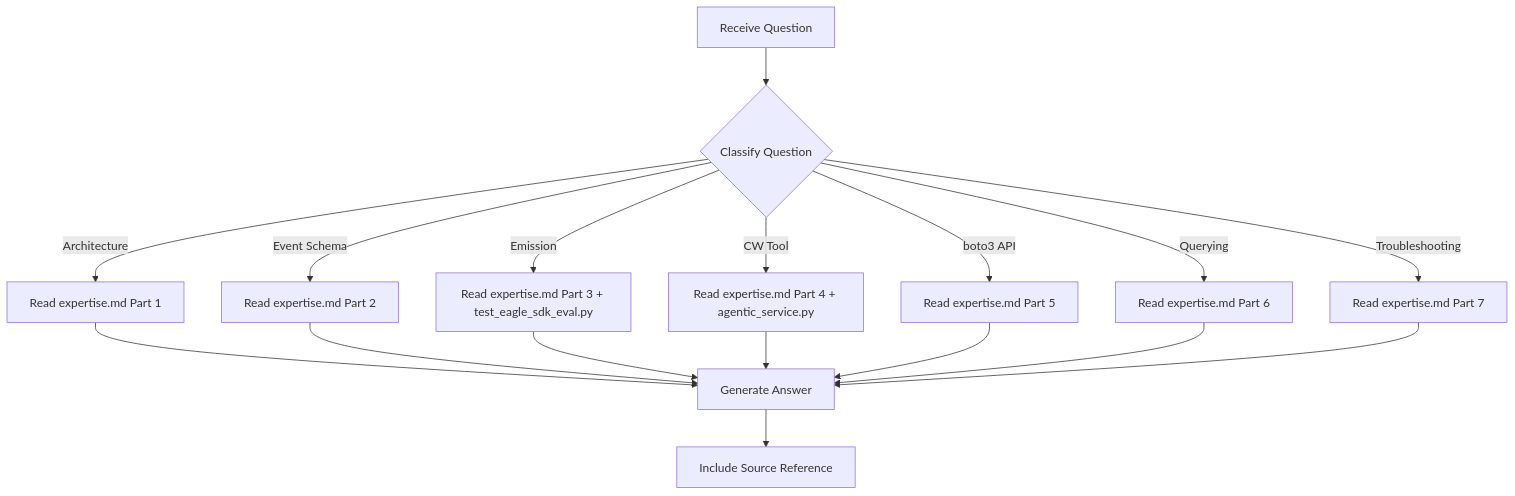
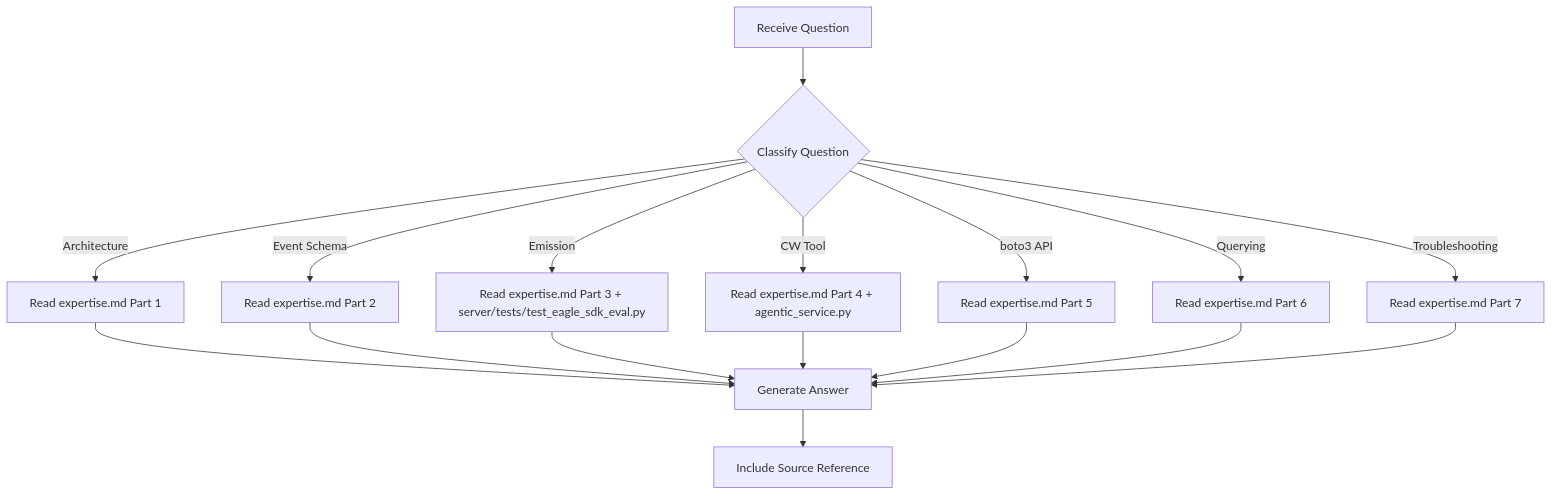
Before and after one commit to gblack686/sample-multi-tenant-agent-core-app: the diagram in .claude/commands/experts/cloudwatch/question.md, drawn with Mermaid. The commit also changed other lines of this file and 229 other files, not shown here.

````diff
--- a/.claude/commands/experts/cloudwatch/question.md
+++ b/.claude/commands/experts/cloudwatch/question.md
@@ -136,19 +136,19 @@
 ```mermaid
 flowchart TD
     A[Receive Question] --> B{Classify Question}
     B -->|Architecture| C[Read expertise.md Part 1]
     B -->|Event Schema| D[Read expertise.md Part 2]
-    B -->|Emission| E[Read expertise.md Part 3 + test_eagle_sdk_eval.py]
+    B -->|Emission| E[Read expertise.md Part 3 + server/tests/test_eagle_sdk_eval.py]
     B -->|CW Tool| F[Read expertise.md Part 4 + agentic_service.py]
     B -->|boto3 API| G[Read expertise.md Part 5]
     B -->|Querying| H[Read expertise.md Part 6]
     B -->|Troubleshooting| I[Read expertise.md Part 7]
     C --> J[Generate Answer]
     D --> J
     E --> J
     F --> J
     G --> J
     H --> J
     I --> J
     J --> K[Include Source Reference]
 ```
````
